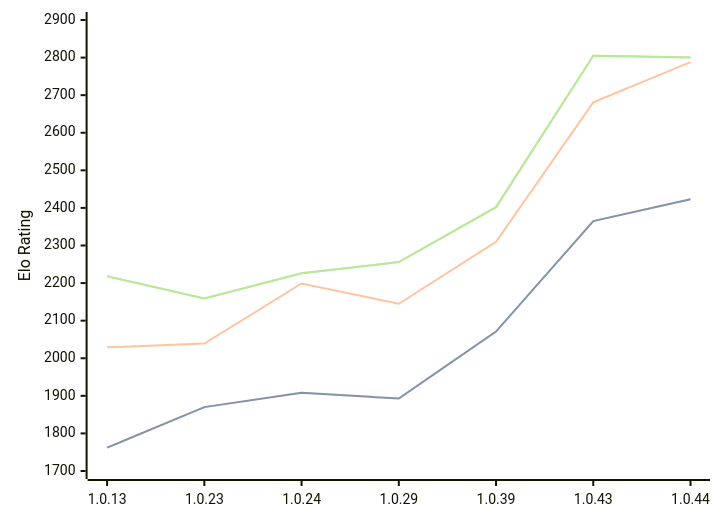
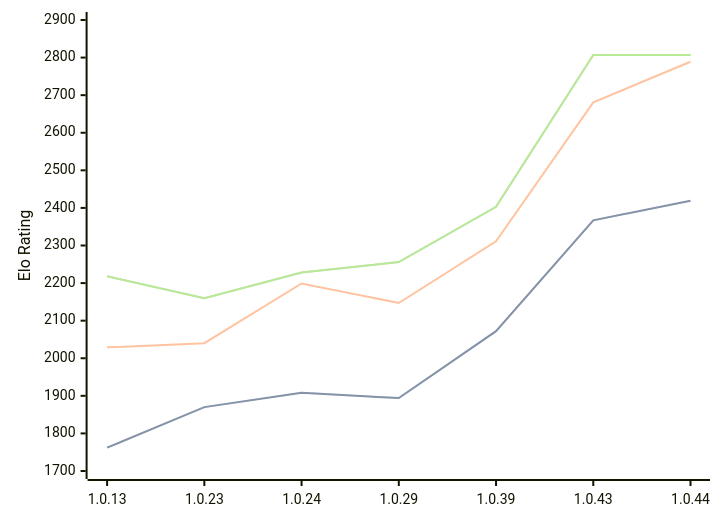
Before and after one commit to computer-chess-index/cci: the diagram in engines/RustyRival.md, drawn with Mermaid. The commit also changed other lines of this file, not shown here.

Commit message:
Update CCI Ratings (ELO VLTC) - 2026-07-23

````diff
--- a/engines/RustyRival.md
+++ b/engines/RustyRival.md
@@ -70,11 +70,11 @@
 ```mermaid
 %%{init: {"theme":"base","themeVariables":{"seriesColors:['#a3a3a3','#222221','#faa371']}}}%%
 xychart-beta
   x-axis ["1.0.13", "1.0.23", "1.0.24", "1.0.29", "1.0.39", "1.0.43", "1.0.44"]
   y-axis "Elo Rating" 1700 --> 2900
-  line "STC (8.0+0.08s)" [1762, 1870, 1908, 1893, 2071, 2365, 2423]
-  line "STC (8.0+0.08s)" [1762, 1870, 1908, 1893, 2071, 2365, 2423]
-  line "LTC (60.0+0.60s)" [2029, 2039, 2199, 2145, 2310, 2681, 2788]
-  line "VLTC (2m24s+1.12s)" [2218, 2159, 2226, 2256, 2402, 2805, 2800]
-  line "VLTC (2m24s+1.12s)" [2218, 2159, 2226, 2256, 2402, 2805, 2800]
+  line "STC (8.0+0.08s)" [1762, 1870, 1908, 1894, 2072, 2367, 2419]
+  line "STC (8.0+0.08s)" [1762, 1870, 1908, 1894, 2072, 2367, 2419]
+  line "LTC (60.0+0.60s)" [2029, 2040, 2199, 2147, 2311, 2681, 2789]
+  line "VLTC (2m24s+1.12s)" [2218, 2160, 2228, 2256, 2403, 2807, 2807]
+  line "VLTC (2m24s+1.12s)" [2218, 2160, 2228, 2256, 2403, 2807, 2807]
 ```
````
